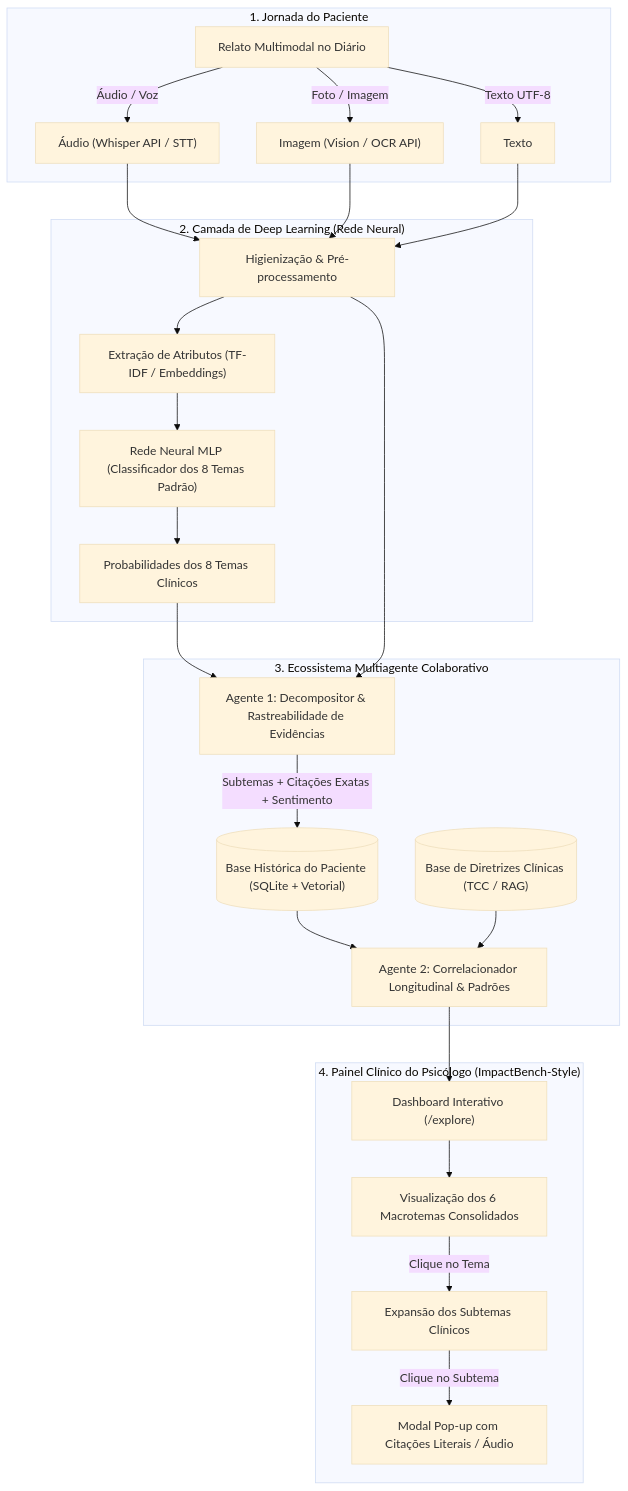
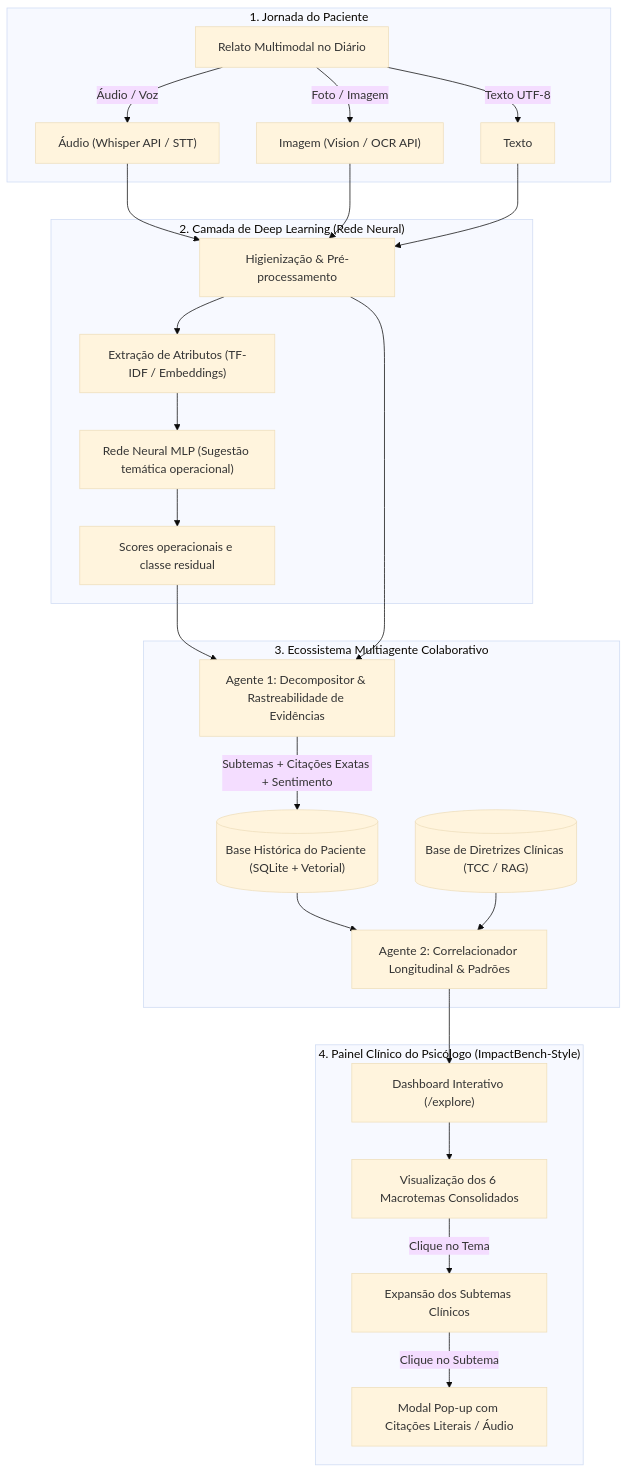
The diagram in docs/project-knowledge.md (007-Licensa-Para-Executar/challenge-2-base), drawn with Mermaid (base theme) before and after one commit. The commit also changed other lines of this file and 37 other files, not shown here.

````diff
--- a/docs/project-knowledge.md
+++ b/docs/project-knowledge.md
@@ -34,37 +39,37 @@
 ```mermaid
 flowchart TD
     subgraph Paciente ["1. Jornada do Paciente"]
         P1["Relato Multimodal no Diário"]
         P1 -->|Texto UTF-8| IN_TEXT["Texto"]
         P1 -->|Áudio / Voz| IN_AUDIO["Áudio (Whisper API / STT)"]
         P1 -->|Foto / Imagem| IN_IMG["Imagem (Vision / OCR API)"]
     end
 
     IN_AUDIO --> SAN["Higienização & Pré-processamento"]
     IN_IMG --> SAN
     IN_TEXT --> SAN
 
     subgraph DeepLearning ["2. Camada de Deep Learning (Rede Neural)"]
         SAN --> NN_FEAT["Extração de Atributos (TF-IDF / Embeddings)"]
-        NN_FEAT --> NN_MODEL["Rede Neural MLP (Classificador dos 8 Temas Padrão)"]
-        NN_MODEL --> NN_OUT["Probabilidades dos 8 Temas Clínicos"]
+        NN_FEAT --> NN_MODEL["Rede Neural MLP (Sugestão temática operacional)"]
+        NN_MODEL --> NN_OUT["Scores operacionais e classe residual"]
     end
 
     subgraph MultiAgent ["3. Ecossistema Multiagente Colaborativo"]
         NN_OUT --> AG1["Agente 1: Decompositor & Rastreabilidade de Evidências"]
         SAN --> AG1
         
         AG1 -->|Subtemas + Citações Exatas + Sentimento| DB_PACIENTE[("Base Histórica do Paciente (SQLite + Vetorial)")]
         
         DB_PACIENTE --> AG2["Agente 2: Correlacionador Longitudinal & Padrões"]
         
         RAG_KB[("Base de Diretrizes Clínicas (TCC / RAG)")] --> AG2
     end
 
     subgraph Psicologo ["4. Painel Clínico do Psicólogo (ImpactBench-Style)"]
         AG2 --> DASH["Dashboard Interativo (/explore)"]
         DASH --> V1["Visualização dos 6 Macrotemas Consolidados"]
         V1 -->|Clique no Tema| V2["Expansão dos Subtemas Clínicos"]
         V2 -->|Clique no Subtema| MODAL["Modal Pop-up com Citações Literais / Áudio"]
     end
 ```
````
